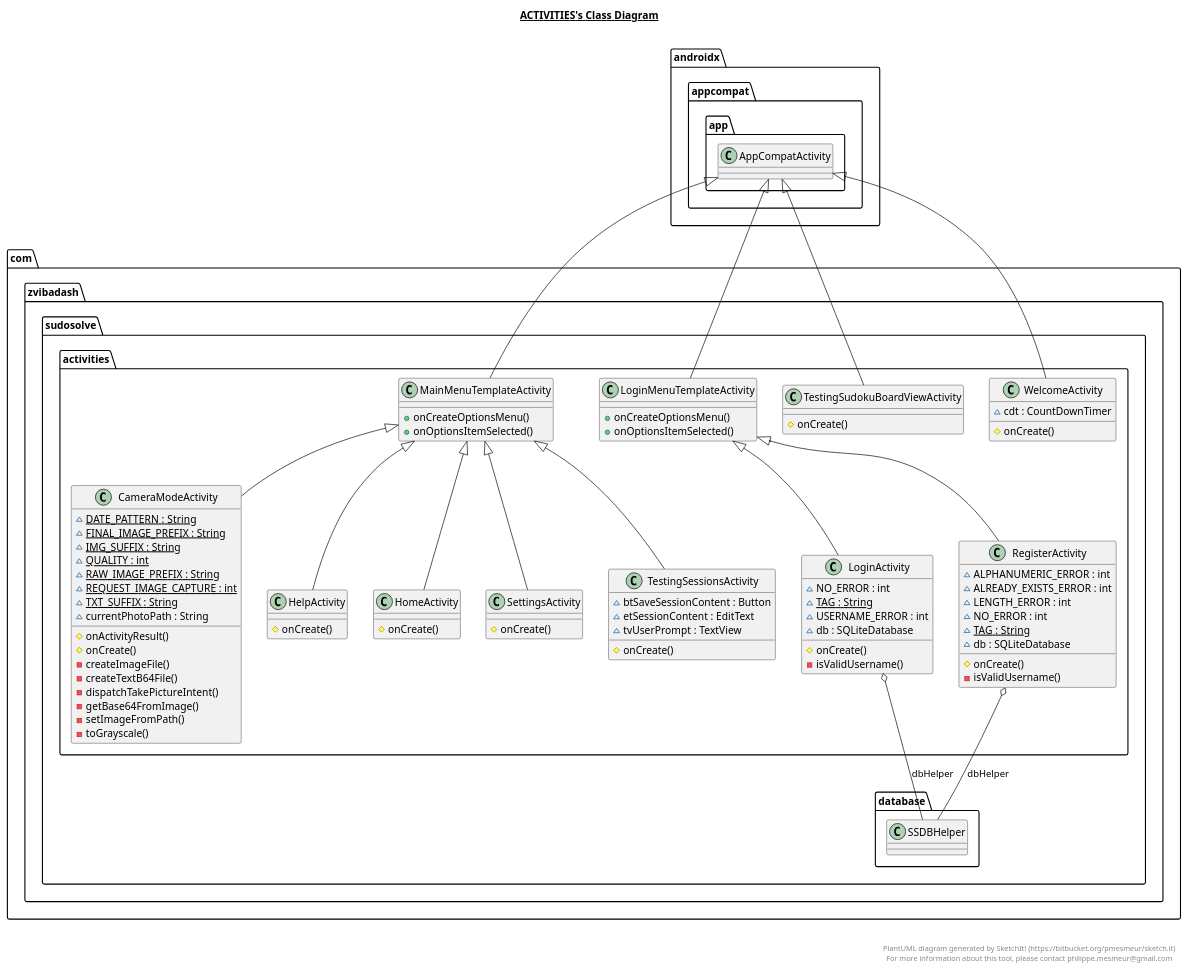
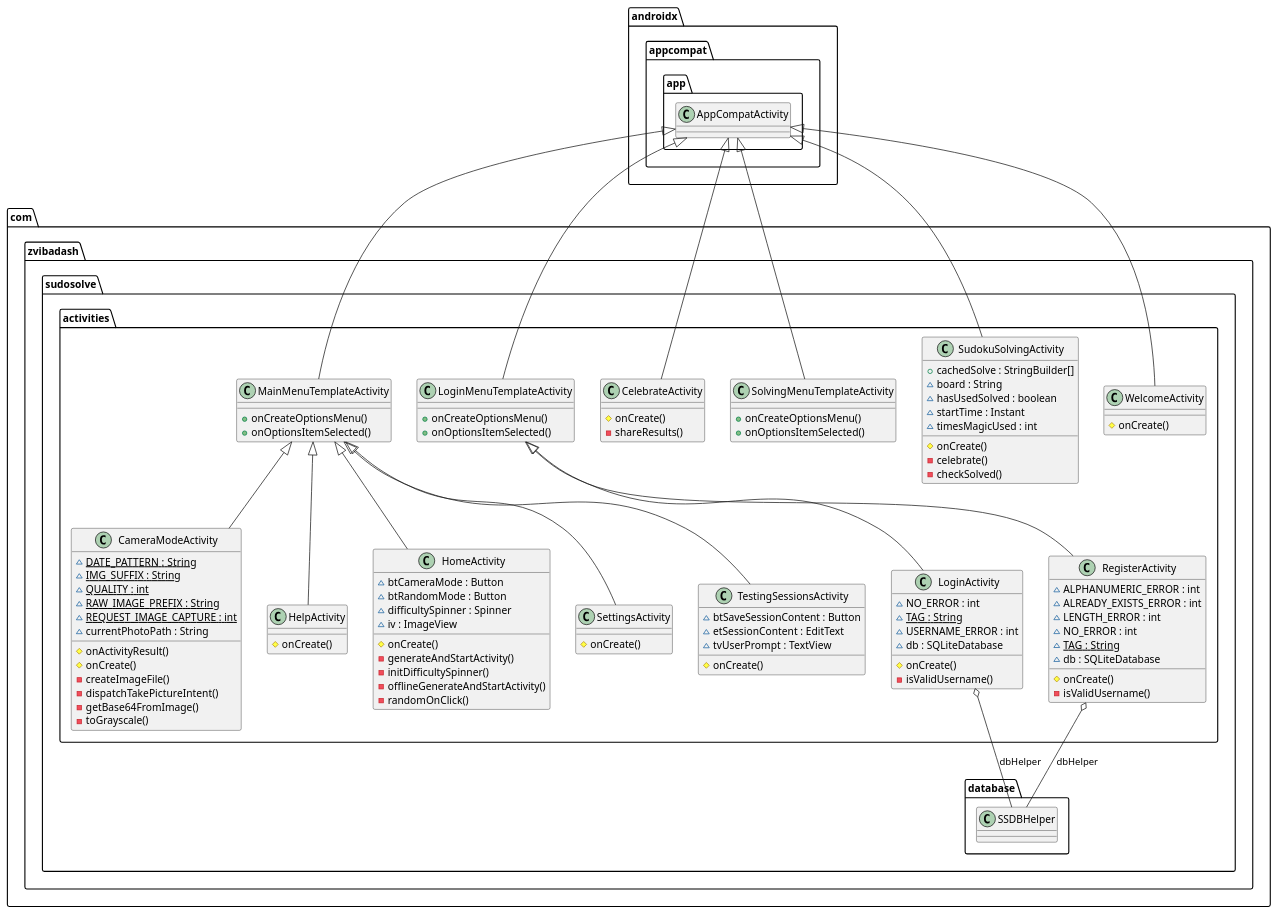
The diagram in app/src/main/java/com/zvibadash/sudosolve/activities/activities.plantuml (Zvi-Badash/Sudo-Solve), drawn with PlantUML before and after one commit. The commit also changed 26 other files, not shown here.

```diff
--- a/app/src/main/java/com/zvibadash/sudosolve/activities/activities.plantuml
+++ b/app/src/main/java/com/zvibadash/sudosolve/activities/activities.plantuml
@@ -1,159 +1,179 @@
 @startuml
-
-title __ACTIVITIES's Class Diagram__\n
-
   namespace com.zvibadash.sudosolve {
     namespace activities {
       class com.zvibadash.sudosolve.activities.CameraModeActivity {
           {static} ~ DATE_PATTERN : String
-          {static} ~ FINAL_IMAGE_PREFIX : String
           {static} ~ IMG_SUFFIX : String
           {static} ~ QUALITY : int
           {static} ~ RAW_IMAGE_PREFIX : String
           {static} ~ REQUEST_IMAGE_CAPTURE : int
-          {static} ~ TXT_SUFFIX : String
           ~ currentPhotoPath : String
           # onActivityResult()
           # onCreate()
           - createImageFile()
-          - createTextB64File()
           - dispatchTakePictureIntent()
           - getBase64FromImage()
-          - setImageFromPath()
           - toGrayscale()
+      }
+    }
+  }
+  
+
+  namespace com.zvibadash.sudosolve {
+    namespace activities {
+      class com.zvibadash.sudosolve.activities.CelebrateActivity {
+          # onCreate()
+          - shareResults()
       }
     }
   }
   
 
   namespace com.zvibadash.sudosolve {
     namespace activities {
       class com.zvibadash.sudosolve.activities.HelpActivity {
           # onCreate()
       }
     }
   }
   
 
   namespace com.zvibadash.sudosolve {
     namespace activities {
       class com.zvibadash.sudosolve.activities.HomeActivity {
+          ~ btCameraMode : Button
+          ~ btRandomMode : Button
+          ~ difficultySpinner : Spinner
+          ~ iv : ImageView
           # onCreate()
+          - generateAndStartActivity()
+          - initDifficultySpinner()
+          - offlineGenerateAndStartActivity()
+          - randomOnClick()
       }
     }
   }
   
 
   namespace com.zvibadash.sudosolve {
     namespace activities {
       class com.zvibadash.sudosolve.activities.LoginActivity {
           ~ NO_ERROR : int
           {static} ~ TAG : String
           ~ USERNAME_ERROR : int
           ~ db : SQLiteDatabase
           # onCreate()
           - isValidUsername()
       }
     }
   }
   
 
   namespace com.zvibadash.sudosolve {
     namespace activities {
       class com.zvibadash.sudosolve.activities.LoginMenuTemplateActivity {
           + onCreateOptionsMenu()
           + onOptionsItemSelected()
       }
     }
   }
   
 
   namespace com.zvibadash.sudosolve {
     namespace activities {
       class com.zvibadash.sudosolve.activities.MainMenuTemplateActivity {
           + onCreateOptionsMenu()
           + onOptionsItemSelected()
       }
     }
   }
   
 
   namespace com.zvibadash.sudosolve {
     namespace activities {
       class com.zvibadash.sudosolve.activities.RegisterActivity {
           ~ ALPHANUMERIC_ERROR : int
           ~ ALREADY_EXISTS_ERROR : int
           ~ LENGTH_ERROR : int
           ~ NO_ERROR : int
           {static} ~ TAG : String
           ~ db : SQLiteDatabase
           # onCreate()
           - isValidUsername()
       }
     }
   }
   
 
   namespace com.zvibadash.sudosolve {
     namespace activities {
       class com.zvibadash.sudosolve.activities.SettingsActivity {
           # onCreate()
       }
     }
   }
   
 
   namespace com.zvibadash.sudosolve {
     namespace activities {
+      class com.zvibadash.sudosolve.activities.SolvingMenuTemplateActivity {
+          + onCreateOptionsMenu()
+          + onOptionsItemSelected()
+      }
+    }
+  }
+  
+
+  namespace com.zvibadash.sudosolve {
+    namespace activities {
+      class com.zvibadash.sudosolve.activities.SudokuSolvingActivity {
+          + cachedSolve : StringBuilder[]
+          ~ board : String
+          ~ hasUsedSolved : boolean
+          ~ startTime : Instant
+          ~ timesMagicUsed : int
+          # onCreate()
+          - celebrate()
+          - checkSolved()
+      }
+    }
+  }
+  
+
+  namespace com.zvibadash.sudosolve {
+    namespace activities {
       class com.zvibadash.sudosolve.activities.TestingSessionsActivity {
           ~ btSaveSessionContent : Button
           ~ etSessionContent : EditText
           ~ tvUserPrompt : TextView
           # onCreate()
       }
     }
   }
   
 
   namespace com.zvibadash.sudosolve {
     namespace activities {
-      class com.zvibadash.sudosolve.activities.TestingSudokuBoardViewActivity {
-          # onCreate()
-      }
-    }
-  }
-  
-
-  namespace com.zvibadash.sudosolve {
-    namespace activities {
       class com.zvibadash.sudosolve.activities.WelcomeActivity {
-          ~ cdt : CountDownTimer
           # onCreate()
       }
     }
   }
   
 
   com.zvibadash.sudosolve.activities.CameraModeActivity -up-|> com.zvibadash.sudosolve.activities.MainMenuTemplateActivity
+  com.zvibadash.sudosolve.activities.CelebrateActivity -up-|> androidx.appcompat.app.AppCompatActivity
   com.zvibadash.sudosolve.activities.HelpActivity -up-|> com.zvibadash.sudosolve.activities.MainMenuTemplateActivity
   com.zvibadash.sudosolve.activities.HomeActivity -up-|> com.zvibadash.sudosolve.activities.MainMenuTemplateActivity
   com.zvibadash.sudosolve.activities.LoginActivity -up-|> com.zvibadash.sudosolve.activities.LoginMenuTemplateActivity
   com.zvibadash.sudosolve.activities.LoginActivity o-- com.zvibadash.sudosolve.database.SSDBHelper : dbHelper
   com.zvibadash.sudosolve.activities.LoginMenuTemplateActivity -up-|> androidx.appcompat.app.AppCompatActivity
   com.zvibadash.sudosolve.activities.MainMenuTemplateActivity -up-|> androidx.appcompat.app.AppCompatActivity
   com.zvibadash.sudosolve.activities.RegisterActivity -up-|> com.zvibadash.sudosolve.activities.LoginMenuTemplateActivity
   com.zvibadash.sudosolve.activities.RegisterActivity o-- com.zvibadash.sudosolve.database.SSDBHelper : dbHelper
   com.zvibadash.sudosolve.activities.SettingsActivity -up-|> com.zvibadash.sudosolve.activities.MainMenuTemplateActivity
+  com.zvibadash.sudosolve.activities.SolvingMenuTemplateActivity -up-|> androidx.appcompat.app.AppCompatActivity
+  com.zvibadash.sudosolve.activities.SudokuSolvingActivity -up-|> androidx.appcompat.app.AppCompatActivity
   com.zvibadash.sudosolve.activities.TestingSessionsActivity -up-|> com.zvibadash.sudosolve.activities.MainMenuTemplateActivity
-  com.zvibadash.sudosolve.activities.TestingSudokuBoardViewActivity -up-|> androidx.appcompat.app.AppCompatActivity
   com.zvibadash.sudosolve.activities.WelcomeActivity -up-|> androidx.appcompat.app.AppCompatActivity
-
-
-right footer
-
-
-PlantUML diagram generated by SketchIt! (https://bitbucket.org/pmesmeur/sketch.it)
-For more information about this tool, please contact philippe.mesmeur@gmail.com
-endfooter
-
 @enduml
```
